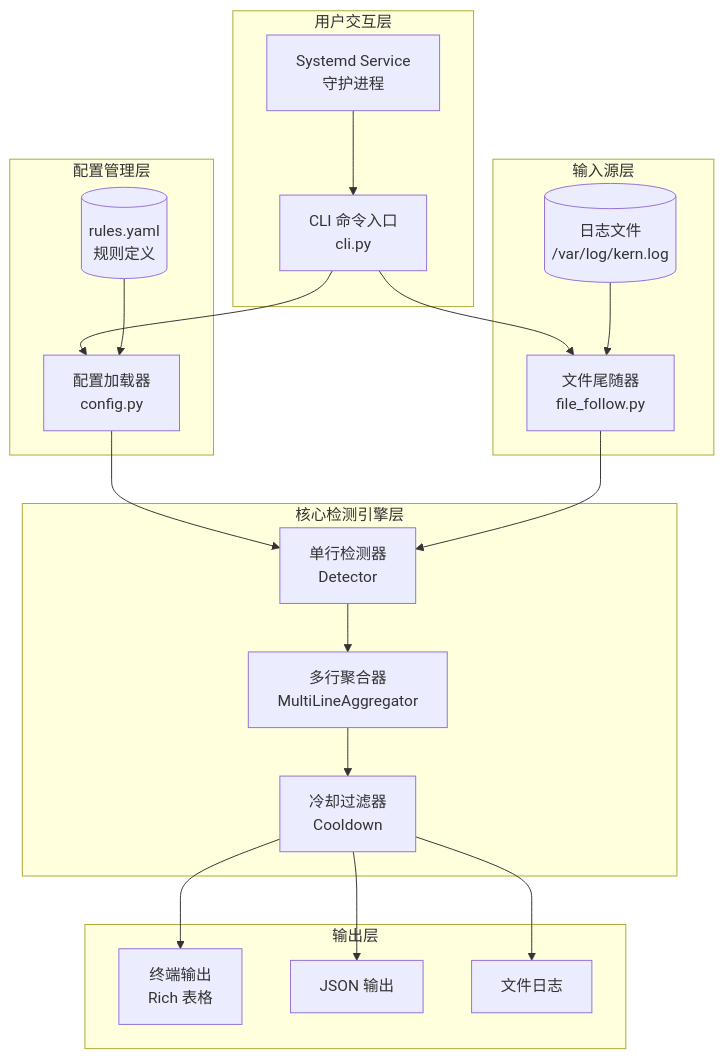
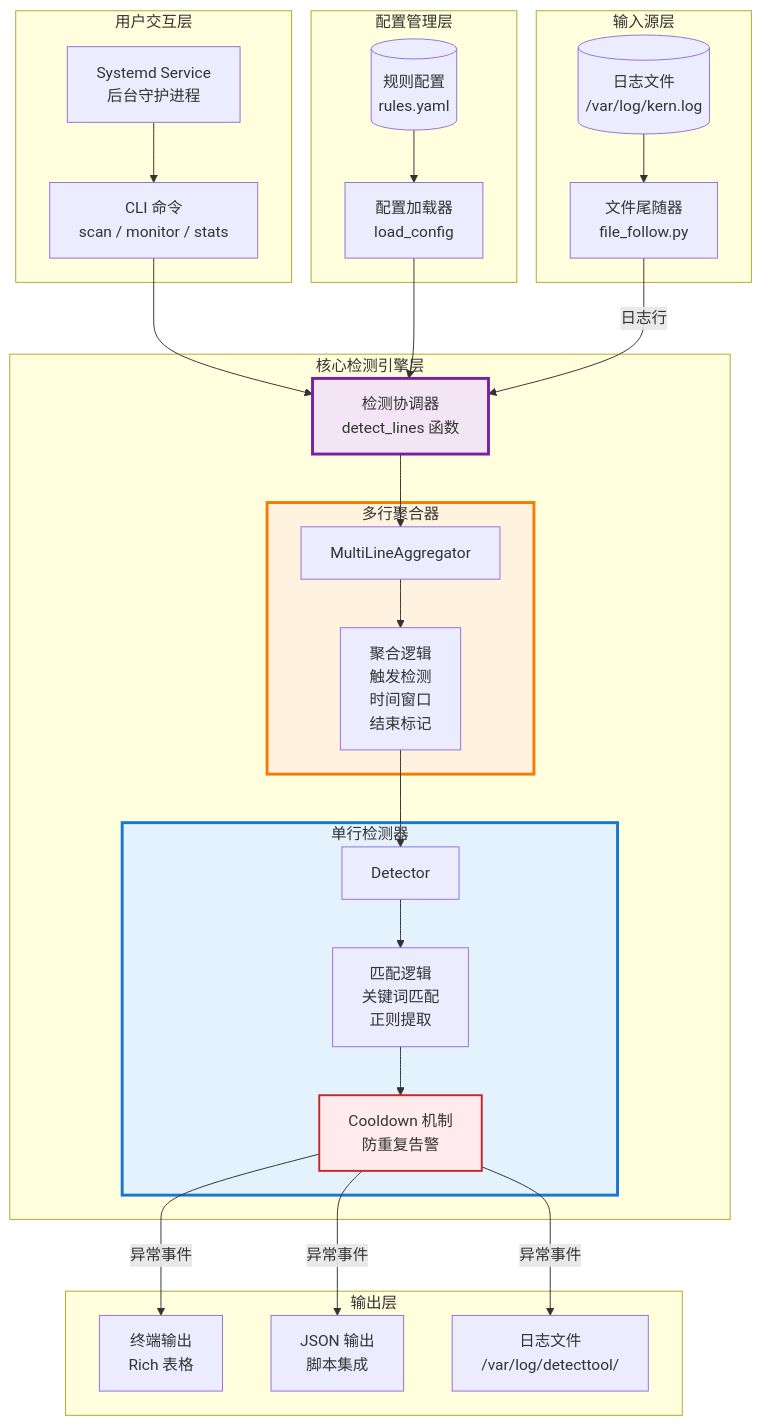
The diagram in docs/Design.md (MoGuW666/SuSG2025-DetectTool), drawn with Mermaid before and after one commit. The commit also changed other lines of this file and 2 other files, not shown here.

````diff
--- a/docs/Design.md
+++ b/docs/Design.md
@@ -90,42 +109,59 @@
 ```mermaid
 flowchart TB
-    subgraph UserInterface [用户交互层]
-        CLI[CLI 命令入口<br/>cli.py]
-        Systemd[Systemd Service<br/>守护进程]
-    end
+      subgraph UserInterface [用户交互层]
+          CLI[CLI 命令<br/>scan / monitor / stats]
+          Systemd[Systemd Service<br/>后台守护进程]
+      end
 
-    subgraph ConfigLayer [配置管理层]
-        ConfigLoader[配置加载器<br/>config.py]
-        RulesYAML[(rules.yaml<br/>规则定义)]
-    end
+      subgraph ConfigLayer [配置管理层]
+          ConfigLoader[配置加载器<br/>load_config]
+          RulesYAML[(规则配置<br/>rules.yaml)]
+      end
 
-    subgraph EngineLayer [核心检测引擎层]
-        Detector[单行检测器<br/>Detector]
-        Aggregator[多行聚合器<br/>MultiLineAggregator]
-        Cooldown[冷却过滤器<br/>Cooldown]
-    end
+      subgraph EngineCore [核心检测引擎层]
+          DetectLines[检测协调器<br/>detect_lines 函数]
 
-    subgraph SourceLayer [输入源层]
-        FileFollow[文件尾随器<br/>file_follow.py]
-        LogFile[(日志文件<br/>/var/log/kern.log)]
-    end
+          subgraph AggregatorBox [多行聚合器]
+              Aggregator[MultiLineAggregator]
+              AggLogic[聚合逻辑<br/>触发检测<br/>时间窗口<br/>结束标记]
+          end
 
-    subgraph OutputLayer [输出层]
-        Console[终端输出<br/>Rich 表格]
-        JSONOut[JSON 输出]
-        FileLog[文件日志]
-    end
+          subgraph DetectorBox [单行检测器]
+              Detector[Detector]
+              MatchLogic[匹配逻辑<br/>关键词匹配<br/>正则提取]
+              Cooldown[Cooldown 机制<br/>防重复告警]
+          end
+      end
 
-    CLI --> ConfigLoader
-    CLI --> FileFollow
-    Systemd --> CLI
-    RulesYAML --> ConfigLoader
-    ConfigLoader --> Detector
-    LogFile --> FileFollow
-    FileFollow --> Detector
-    Detector --> Aggregator
-    Aggregator --> Cooldown
-    Cooldown --> Console
-    Cooldown --> JSONOut
-    Cooldown --> FileLog
+      subgraph SourceLayer [输入源层]
+          FileFollow[文件尾随器<br/>file_follow.py]
+          LogFile[(日志文件<br/>/var/log/kern.log)]
+      end
+
+      subgraph OutputLayer [输出层]
+          Console[终端输出<br/>Rich 表格]
+          JSONOut[JSON 输出<br/>脚本集成]
+          FileLog[日志文件<br/>/var/log/detecttool/]
+      end
+
+      CLI --> DetectLines
+      Systemd --> CLI
+      RulesYAML --> ConfigLoader
+      ConfigLoader --> DetectLines
+
+      LogFile --> FileFollow
+      FileFollow -->|日志行| DetectLines
+      DetectLines --> Aggregator
+      Aggregator --> AggLogic
+      AggLogic --> Detector
+      Detector --> MatchLogic
+      MatchLogic --> Cooldown
+      Cooldown -->|异常事件| Console
+      Cooldown -->|异常事件| JSONOut
+      Cooldown -->|异常事件| FileLog
+
+      style DetectorBox fill:#e3f2fd,stroke:#1976d2,stroke-width:3px
+      style AggregatorBox fill:#fff3e0,stroke:#f57c00,stroke-width:3px
+      style DetectLines fill:#f3e5f5,stroke:#7b1fa2,stroke-width:3px
+      style Cooldown fill:#ffebee,stroke:#c62828,stroke-width:2px
 ```
````
